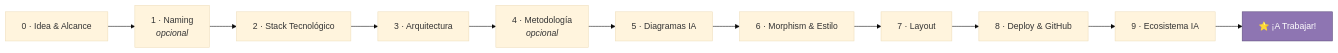
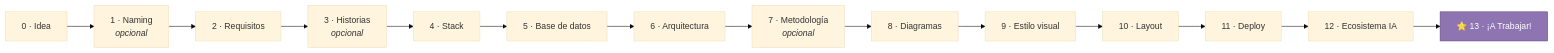
Before and after one commit to Ju4mpizel/dev-idea: the diagram in README.md, drawn with Mermaid (base theme). The commit also changed other lines of this file and 56 other files, not shown here.

````diff
--- a/README.md
+++ b/README.md
@@ -57,15 +62,18 @@
 ```mermaid
 flowchart LR
-    A["0 · Idea & Alcance"] --> B["1 · Naming<br/><i>opcional</i>"]
-    B --> C["2 · Stack Tecnológico"]
-    C --> D["3 · Arquitectura"]
-    D --> E["4 · Metodología<br/><i>opcional</i>"]
-    E --> F["5 · Diagramas IA"]
-    F --> G["6 · Morphism & Estilo"]
-    G --> H["7 · Layout"]
-    H --> I["8 · Deploy & GitHub"]
-    I --> J["9 · Ecosistema IA"]
-    J --> K["⭐ ¡A Trabajar!"]
+    A["0 · Idea"] --> B["1 · Naming<br/><i>opcional</i>"]
+    B --> C["2 · Requisitos"]
+    C --> D["3 · Historias<br/><i>opcional</i>"]
+    D --> E["4 · Stack"]
+    E --> F["5 · Base de datos"]
+    F --> G["6 · Arquitectura"]
+    G --> H["7 · Metodología<br/><i>opcional</i>"]
+    H --> I["8 · Diagramas"]
+    I --> J["9 · Estilo visual"]
+    J --> K["10 · Layout"]
+    K --> L["11 · Deploy"]
+    L --> M["12 · Ecosistema IA"]
+    M --> N["⭐ 13 · ¡A Trabajar!"]
 
-    style K fill:#8E75B2,stroke:#5b4a7a,color:#fff
+    style N fill:#8E75B2,stroke:#5b4a7a,color:#fff
 ```
````
